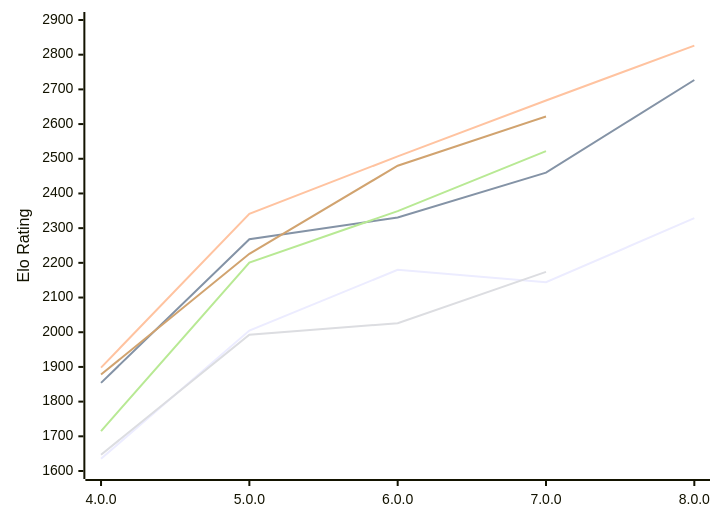
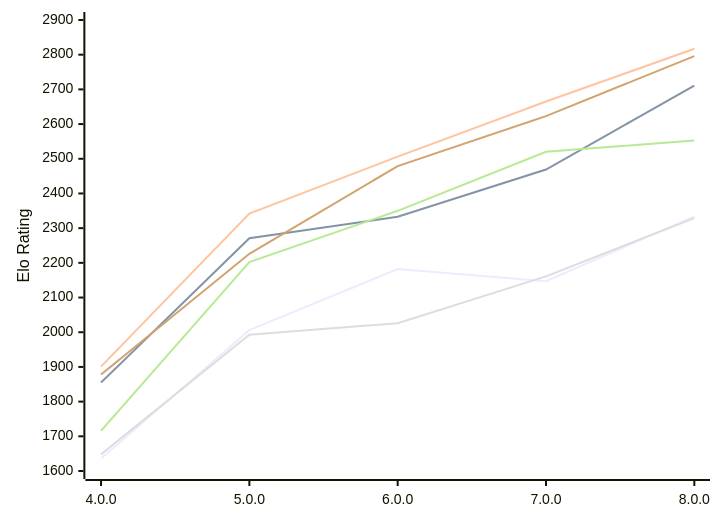
The first of 2 diagrams in engines/Laura.md (computer-chess-index/cci), drawn with Mermaid before and after one commit. The commit also changed other lines of this file, not shown here.

Commit message:
Update CCI Ratings (ELO VLTC) - 2026-11-26

````diff
--- a/engines/Laura.md
+++ b/engines/Laura.md
@@ -57,12 +58,12 @@
 ```mermaid
 %%{init: {"theme":"base","themeVariables":{"seriesColors:['#a3a3a3','#222221','#faa371']}}}%%
 xychart-beta
   x-axis ["4.0.0", "5.0.0", "6.0.0", "7.0.0", "8.0.0"]
   y-axis "Elo Rating" 1600 --> 2900
-  line "E1: STC (8.0+0.08s)" [1635, 2005, 2180, 2144, 2329]
-  line "E1: LTC (60.0+0.60s)" [1854, 2268, 2331, 2460, 2727]
-  line "E1: VLTC (2m24s+1.12s)" [1898, 2341, 2507, 2668, 2826]
-  line "P1: STC (8.0+0.08s)" [1647, 1993, 2026, 2174]
-  line "P1: LTC (60.0+0.60s)" [1715, 2201, 2349, 2522]
-  line "P1: VLTC (2m24s+1.12s)" [1878, 2226, 2480, 2622]
+  line "E1: STC (8.0+0.08s)" [1636, 2006, 2182, 2147, 2334]
+  line "E1: LTC (60.0+0.60s)" [1855, 2271, 2333, 2469, 2711]
+  line "E1: VLTC (2m24s+1.12s)" [1901, 2342, 2506, 2665, 2817]
+  line "P1: STC (8.0+0.08s)" [1648, 1993, 2026, 2161, 2329]
+  line "P1: LTC (60.0+0.60s)" [1716, 2202, 2350, 2520, 2553]
+  line "P1: VLTC (2m24s+1.12s)" [1878, 2226, 2479, 2623, 2796]
 ```
````
